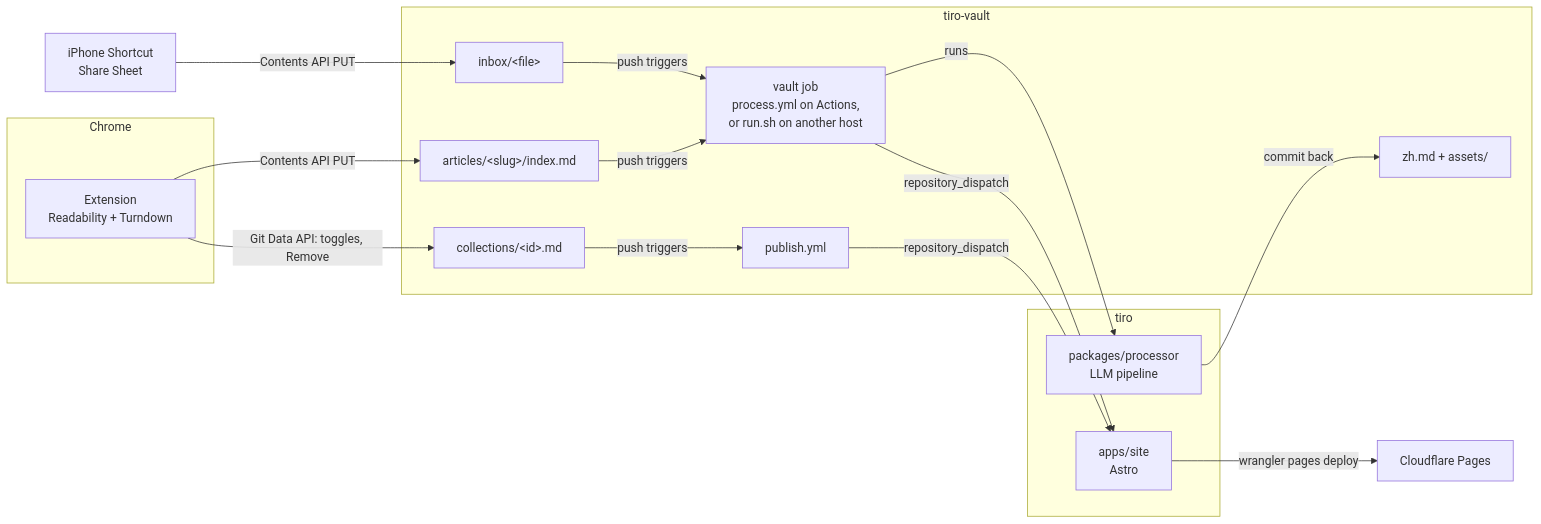
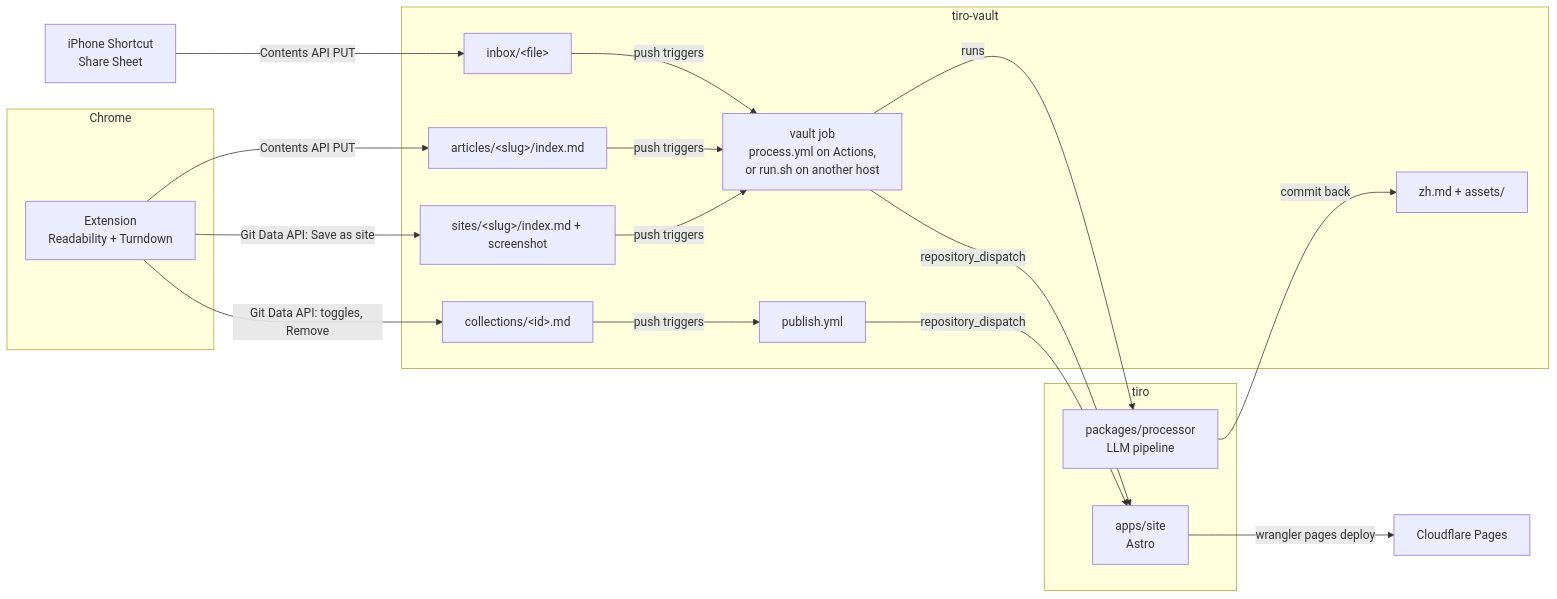
The diagram in docs/architecture.md (hutusi/tiro), drawn with Mermaid before and after one commit. The commit also changed other lines of this file and 6 other files, not shown here.

First line of the commit message:
docs: saved sites in the architecture, runbook, template and agent notes

````diff
--- a/docs/architecture.md
+++ b/docs/architecture.md
@@ -6,32 +6,35 @@
 ```mermaid
 flowchart LR
     subgraph Chrome
         EXT[Extension\nReadability + Turndown]
     end
     PHONE[iPhone Shortcut\nShare Sheet]
     subgraph tiro-vault
         INBOX[inbox/&lt;file&gt;]
         MD[articles/&lt;slug&gt;/index.md]
         ZH[zh.md + assets/]
         WF[vault job\nprocess.yml on Actions,\nor run.sh on another host]
         COL[collections/&lt;id&gt;.md]
+        SITES[sites/&lt;slug&gt;/index.md + screenshot]
         PUB[publish.yml]
     end
     subgraph tiro
         PROC[packages/processor\nLLM pipeline]
         SITE[apps/site\nAstro]
     end
     CF[Cloudflare Pages]
 
     EXT -- "Contents API PUT" --> MD
     EXT -- "Git Data API: toggles, Remove" --> COL
+    EXT -- "Git Data API: Save as site" --> SITES
     PHONE -- "Contents API PUT" --> INBOX
     INBOX -- "push triggers" --> WF
     MD -- "push triggers" --> WF
+    SITES -- "push triggers" --> WF
     WF -- "runs" --> PROC
     PROC -- "commit back" --> ZH
     WF -- "repository_dispatch" --> SITE
     COL -- "push triggers" --> PUB
     PUB -- "repository_dispatch" --> SITE
     SITE -- "wrangler pages deploy" --> CF
 ```
````
